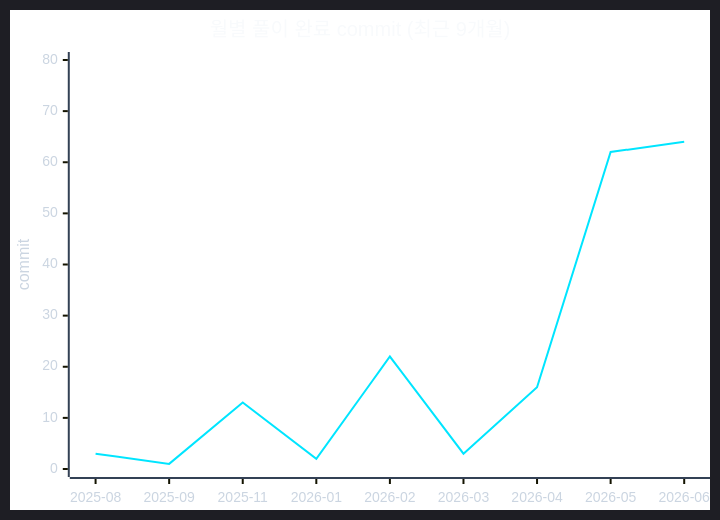
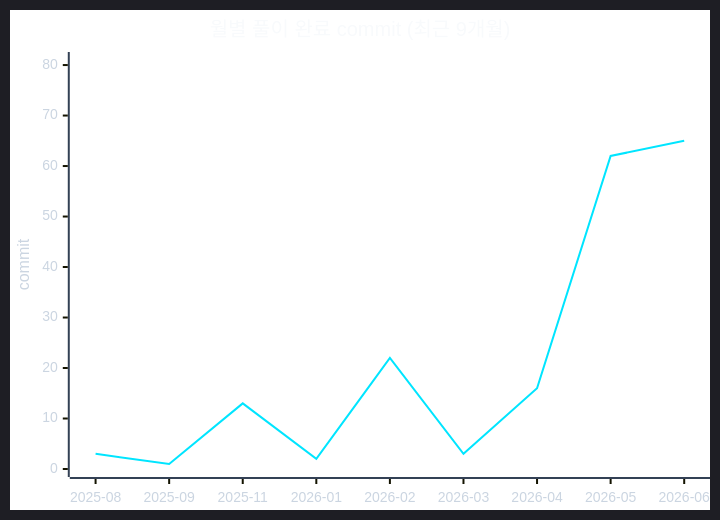
Before and after one commit to CHOOSLA/Algorithm: the second of 2 diagrams in readme.md, drawn with Mermaid. The commit also changed other lines of this file and 2 other files, not shown here.

````diff
--- a/readme.md
+++ b/readme.md
@@ -71,22 +71,22 @@
 ```mermaid
 ---
 config:
   theme: dark
   themeVariables:
     background: '#0d1117'
     xyChart:
       titleColor: '#f8fafc'
       xAxisLabelColor: '#cbd5e1'
       xAxisTitleColor: '#cbd5e1'
       xAxisLineColor: '#334155'
       yAxisLabelColor: '#cbd5e1'
       yAxisTitleColor: '#cbd5e1'
       yAxisLineColor: '#334155'
       plotColorPalette: '#00e5ff'
 ---
 xychart-beta
   title "월별 풀이 완료 commit (최근 9개월)"
   x-axis ["2025-08", "2025-09", "2025-11", "2026-01", "2026-02", "2026-03", "2026-04", "2026-05", "2026-06"]
-  y-axis "commit" 0 --> 80
-  line [3, 1, 13, 2, 22, 3, 16, 62, 64]
+  y-axis "commit" 0 --> 81
+  line [3, 1, 13, 2, 22, 3, 16, 62, 65]
 ```
````
